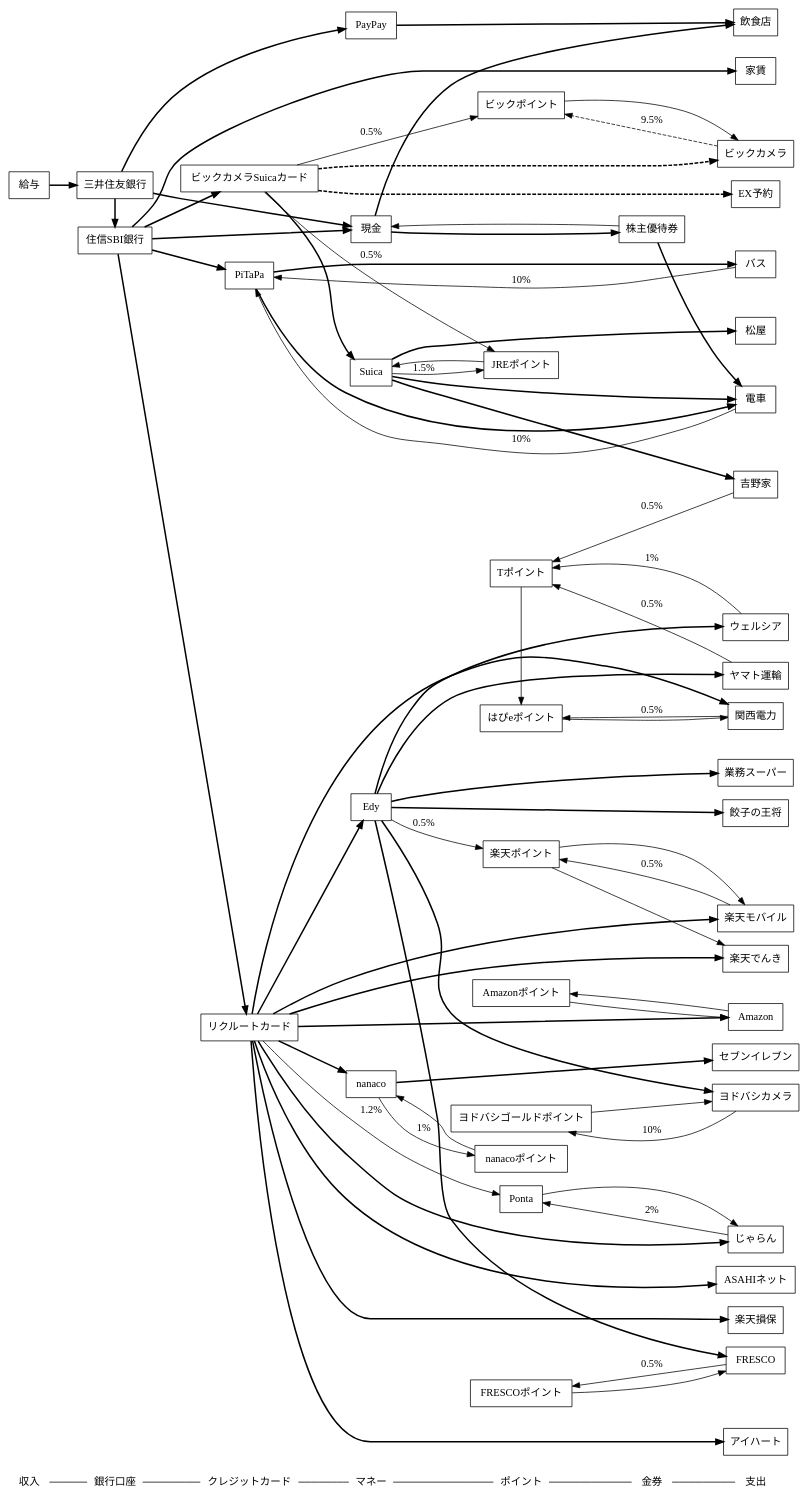
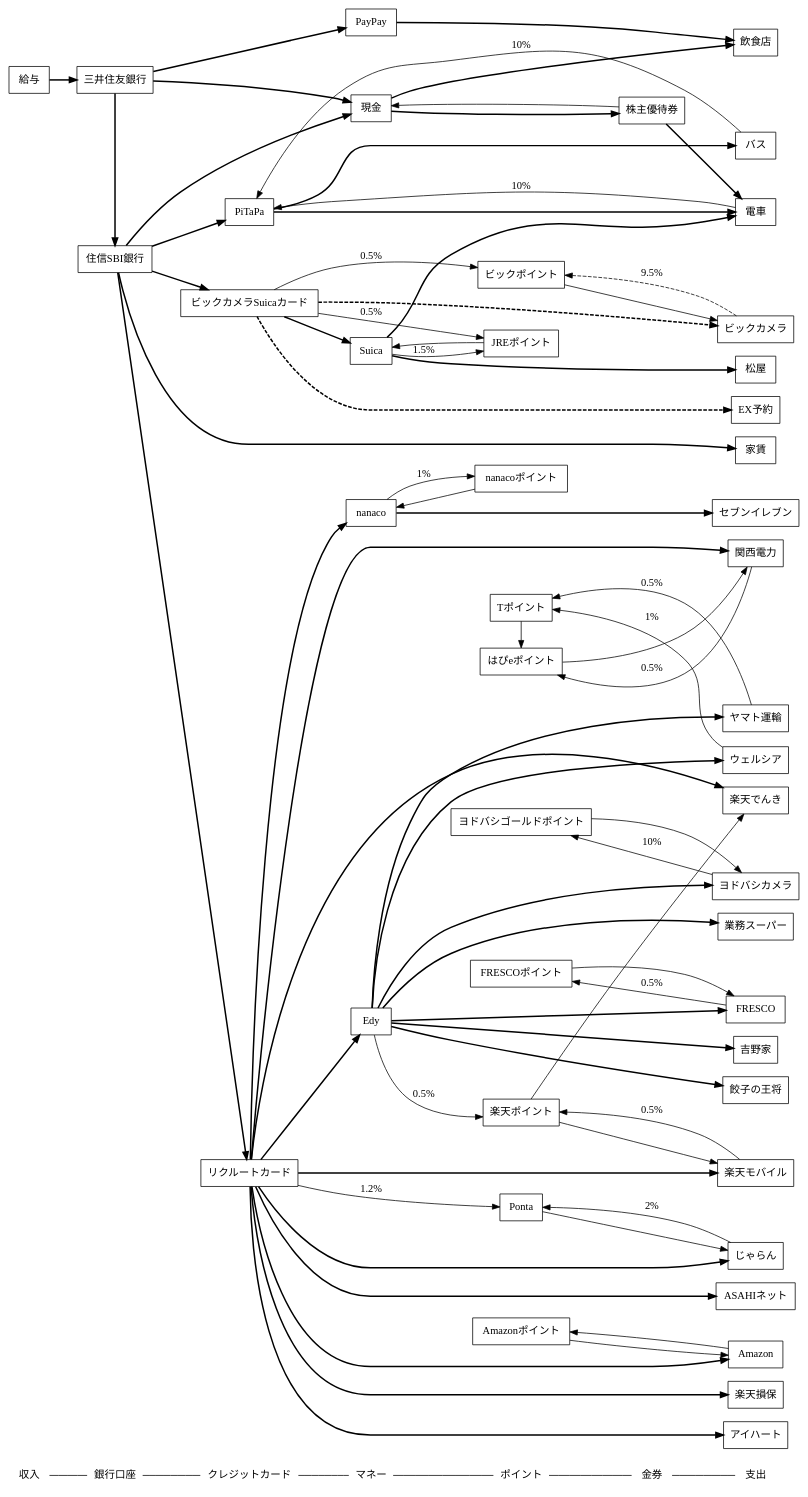
One commit to saireya/moneyflow changed the diagram in moneyflow.dot. Above: the diagram before and after it, drawn with Graphviz. The commit also changed 1 other file, not shown here.

```diff
--- a/moneyflow.dot
+++ b/moneyflow.dot
@@ -1,164 +1,163 @@
 // dot -Tsvg moneyflow.dot -o moneyflow.svg
 // edge: bold: 支出, solid: 還元(label:還元率), dashed: Obsolete
 digraph "MoneyFlow"
 {
 	graph [ rankdir = LR ];
 	node [ shape = box ];
 
 	"収入", "銀行口座", "クレジットカード", "マネー", "ポイント", "金券", "支出" [shape = none];
 	"収入" -> "銀行口座" -> "クレジットカード" -> "マネー" -> "ポイント" -> "金券" -> "支出" [arrowhead = none];
 	{
 		rank = same; "収入";
 		給与;
 	}
 
 	{
 		rank = same; "銀行口座";
 		三井住友銀行;
 		住信SBI銀行;
 	}
 
 	{
 		rank = same; "クレジットカード";
 		ビックカメラSuicaカード;
 		リクルートカード;
 		PiTaPa;
 	}
 
 	{
 		rank = same; "マネー";
 		Suica;
 		現金;
 		nanaco;
 		Edy;
 		PayPay;
 	}
 
 	{
 		rank = same; "ポイント";
 		// 共通ポイント
 		Ponta;
 		Tポイント;
 		楽天ポイント;
 		// クレジットカード関係
 		JREポイント;
 		// 独自ポイント
 		ビックポイント;
 		Amazonポイント;
 		nanacoポイント;
 		FRESCOポイント;
 		ヨドバシゴールドポイント;
 		はぴeポイント;
 	}
 
 	{
 		rank = same; "金券";
 		株主優待券;
 	}
 
 	{
 		rank = same; "支出";
 		家賃;
 		// コンビニ
 		セブンイレブン;
 		// 交通
 		電車;
 		バス;
 		// インフラ
 		ASAHIネット;
 		楽天モバイル;
 		楽天でんき;
 		関西電力;
 		ヤマト運輸;
 		楽天損保;
 		// 店舗
 		アイハート;
 		ウェルシア;
 		ビックカメラ;
 		ヨドバシカメラ;
 		餃子の王将;
 		飲食店;
 		FRESCO;
 		業務スーパー;
 		松屋;
 		吉野家;
 		// ネット
 		Amazon;
 		EX予約;
 		じゃらん;
 	}
 
 	// SMBC
 	給与 -> 三井住友銀行 [style="bold", weight=100];
 	三井住友銀行 -> 現金, 住信SBI銀行 [style="bold", weight=100];
 	三井住友銀行 -> PayPay [style="bold", weight=100];
 	PayPay -> 飲食店 [style="bold", weight=100];
 
 	// ビックカメラSuicaカード
 	ビックカメラSuicaカード -> JREポイント [label="0.5%"];
 	ビックカメラSuicaカード -> ビックカメラ [style="bold,dashed", weight=100];
 	ビックカメラ -> ビックポイント [style="dashed", label="9.5%"];
 	ビックカメラSuicaカード -> ビックポイント [label="0.5%"]
 	ビックポイント -> ビックカメラ;
 	ビックカメラSuicaカード -> Suica -> 電車 [style="bold", weight=100];
 	Suica -> 松屋 [style="bold", weight=100];
-	Suica -> 吉野家 [style="bold", weight=100];
-	吉野家 -> Tポイント [label="0.5%"];
 	ビックカメラSuicaカード -> EX予約 [style="bold,dashed", weight=100];
 	Suica -> JREポイント [label="1.5%"];
 	JREポイント -> Suica;
 
 	// 住信SBI
 	住信SBI銀行 -> 現金 [style="bold", weight=100];
 	住信SBI銀行 -> 家賃 [style="bold", weight=100];
 	住信SBI銀行 -> ビックカメラSuicaカード, リクルートカード, PiTaPa [style="bold", weight=100];
 
 	// リクルートカード
 	リクルートカード -> ASAHIネット [style="bold", weight=100];
 	リクルートカード -> Amazon [style="bold", weight=100];
 	リクルートカード -> じゃらん [style="bold", weight=100];
 	リクルートカード -> アイハート [style="bold", weight=100];
 	リクルートカード -> 関西電力 [style="bold", weight=100];
 	関西電力 -> はぴeポイント [label="0.5%"];
 	はぴeポイント -> 関西電力;
 	リクルートカード -> 楽天でんき [style="bold", weight=100];
 	リクルートカード -> 楽天損保 [style="bold", weight=100];
 	リクルートカード -> 楽天モバイル [style="bold", weight=100];
 	楽天モバイル -> 楽天ポイント [label="0.5%"];
 	楽天ポイント -> 楽天モバイル, 楽天でんき;
 	リクルートカード -> Edy [style="bold", weight=100];
 	Edy -> ヤマト運輸 [style="bold", weight=100];
 	ヤマト運輸 -> Tポイント [label="0.5%"];
 	Edy -> ヨドバシカメラ [style="bold", weight=100];
 	ヨドバシカメラ -> ヨドバシゴールドポイント [label="10%"];
 	ヨドバシゴールドポイント -> ヨドバシカメラ;
 	Edy -> ウェルシア [style="bold", weight=100];
 	ウェルシア -> Tポイント [label="1%"];
 	Tポイント -> はぴeポイント;
+	Edy -> 吉野家 [style="bold", weight=100];
 	Edy -> 楽天ポイント [label="0.5%"];
 	リクルートカード -> Ponta [label="1.2%"];
 	Ponta -> じゃらん;
 	じゃらん -> Ponta [label="2%"];
 	Amazon -> Amazonポイント -> Amazon;
 	リクルートカード -> nanaco [style="bold", weight=100];
 	nanaco -> セブンイレブン [style="bold", weight=100];
 	nanaco -> nanacoポイント [label="1%"];
 	nanacoポイント -> nanaco;
 	Edy -> 業務スーパー [style="bold", weight=100];
 	Edy -> FRESCO [style="bold", weight=100];
 	FRESCO -> FRESCOポイント [label="0.5%"];
 	FRESCOポイント -> FRESCO;
 	Edy -> 餃子の王将 [style="bold", weight=100];
 
 	// PiTaPa
 	PiTaPa -> 電車 [style="bold", weight=100];
 	電車 -> PiTaPa [label="10%"];
 	PiTaPa -> バス [style="bold", weight=100];
 	バス -> PiTaPa [label="10%"];
 
 	// 現金
 	現金 -> 飲食店 [style="bold", weight=100];
 	現金 -> 株主優待券 [style="bold", weight=100];
 	株主優待券 -> 電車 [style="bold", weight=100];
 	株主優待券 -> 現金;
 } 
```
